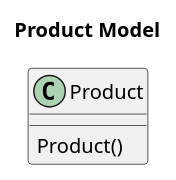
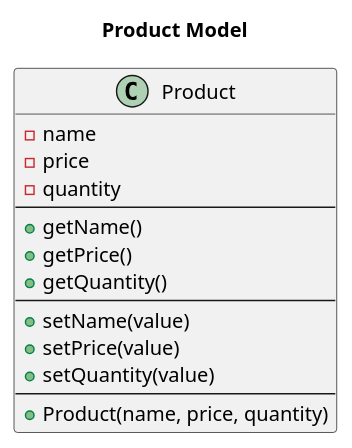
The diagram in Python/chapter_04_01_productmodel.wsd (yunusky/OopWithApplication), drawn with PlantUML before and after one commit. The commit also changed 6 other files, not shown here.

```diff
--- a/Python/chapter_04_01_productmodel.wsd
+++ b/Python/chapter_04_01_productmodel.wsd
@@ -1,6 +1,18 @@
 @startuml
 title Product Model
 class Product {
-    Product()
+    -name
+    -price
+    -quantity
+    --
+    +getName()
+    +getPrice()
+    +getQuantity()
+    --
+    +setName(value)
+    +setPrice(value)
+    +setQuantity(value)
+    --
+    +Product(name, price, quantity)
 }
 @enduml
```
